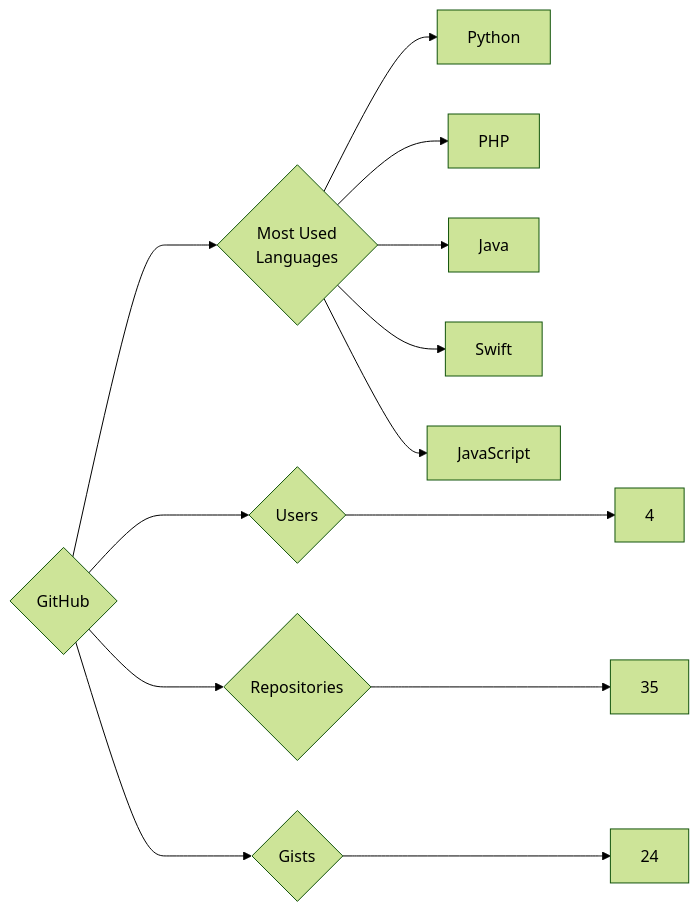
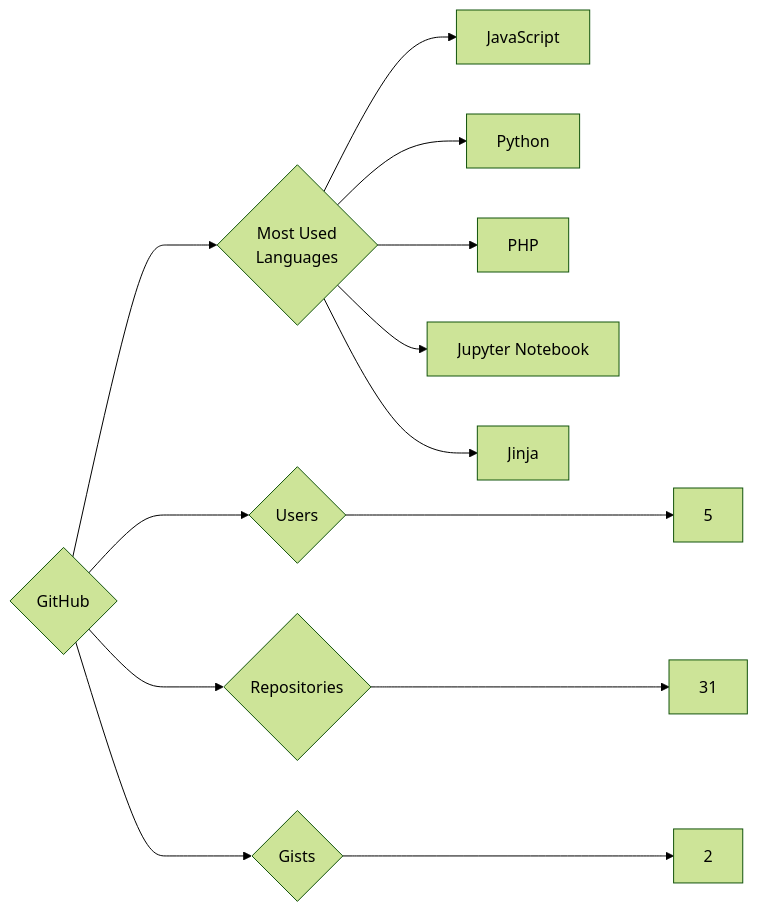
The diagram in targets/GitHub/README.md (trickest/insiders), drawn with Mermaid (forest theme) before and after one commit. The commit also changed 1078 other files, not shown here.

````diff
--- a/targets/GitHub/README.md
+++ b/targets/GitHub/README.md
@@ -3,13 +3,13 @@
 ```mermaid
 graph LR
 COMPANY_NAME{GitHub}
-COMPANY_NAME ---> U{Users} ---> UN[4]
-COMPANY_NAME ---> R{Repositories} ---> RN[35]
-COMPANY_NAME ---> G{Gists} ---> GN[24]
+COMPANY_NAME ---> U{Users} ---> UN[5]
+COMPANY_NAME ---> R{Repositories} ---> RN[31]
+COMPANY_NAME ---> G{Gists} ---> GN[2]
 COMPANY_NAME ---> ML{Most Used<br>Languages}
+ML --> JavaScript[JavaScript]
 ML --> Python[Python]
 ML --> PHP[PHP]
-ML --> Java[Java]
-ML --> Swift[Swift]
-ML --> JavaScript[JavaScript]
+ML --> Jupyter_Notebook[Jupyter Notebook]
+ML --> Jinja[Jinja]
 ```
````
